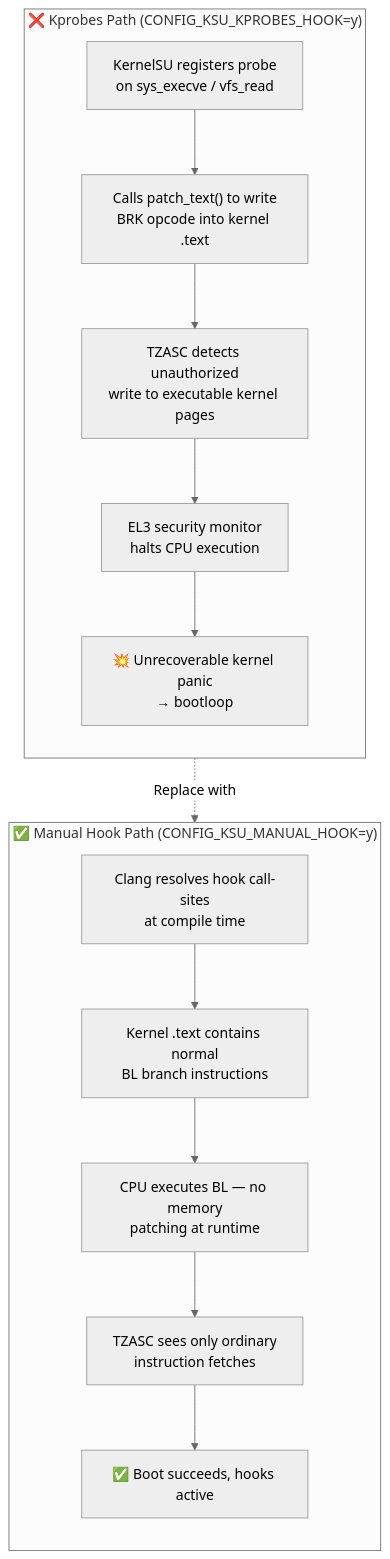
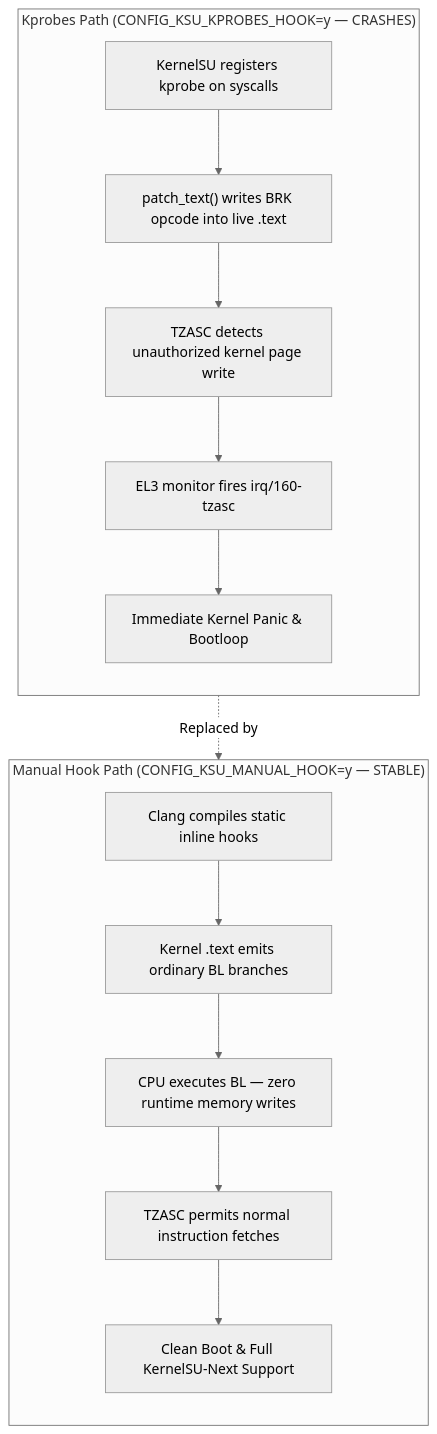
The diagram in docs/ARCHITECTURE.md (rebeeh/A21s-KernelSU-Next), drawn with Mermaid (neutral theme) before and after one commit. The commit also changed other lines of this file and 10 other files, not shown here.

````diff
--- a/docs/ARCHITECTURE.md
+++ b/docs/ARCHITECTURE.md
@@ -52,20 +45,20 @@
 ```mermaid
 flowchart TD
-    subgraph KPROBES["❌ Kprobes Path (CONFIG_KSU_KPROBES_HOOK=y)"]
+    subgraph KPROBES["Kprobes Path (CONFIG_KSU_KPROBES_HOOK=y — CRASHES)"]
         direction TB
-        A["KernelSU registers probe\non sys_execve / vfs_read"] --> B["Calls patch_text() to write\nBRK opcode into kernel .text"]
-        B --> C["TZASC detects unauthorized\nwrite to executable kernel pages"]
-        C --> D["EL3 security monitor\nhalts CPU execution"]
-        D --> E["💥 Unrecoverable kernel panic\n→ bootloop"]
+        A["KernelSU registers kprobe on syscalls"] --> B["patch_text() writes BRK opcode into live .text"]
+        B --> C["TZASC detects unauthorized kernel page write"]
+        C --> D["EL3 monitor fires irq/160-tzasc"]
+        D --> E["Immediate Kernel Panic & Bootloop"]
     end
 
-    subgraph MANUAL["✅ Manual Hook Path (CONFIG_KSU_MANUAL_HOOK=y)"]
+    subgraph MANUAL["Manual Hook Path (CONFIG_KSU_MANUAL_HOOK=y — STABLE)"]
         direction TB
-        F["Clang resolves hook call-sites\nat compile time"] --> G["Kernel .text contains normal\nBL branch instructions"]
-        G --> H["CPU executes BL — no memory\npatching at runtime"]
-        H --> I["TZASC sees only ordinary\ninstruction fetches"]
-        I --> J["✅ Boot succeeds, hooks active"]
+        F["Clang compiles static inline hooks"] --> G["Kernel .text emits ordinary BL branches"]
+        G --> H["CPU executes BL — zero runtime memory writes"]
+        H --> I["TZASC permits normal instruction fetches"]
+        I --> J["Clean Boot & Full KernelSU-Next Support"]
     end
 
-    KPROBES -.->|"Replace with"| MANUAL
+    KPROBES -.->|"Replaced by"| MANUAL
 ```
````
